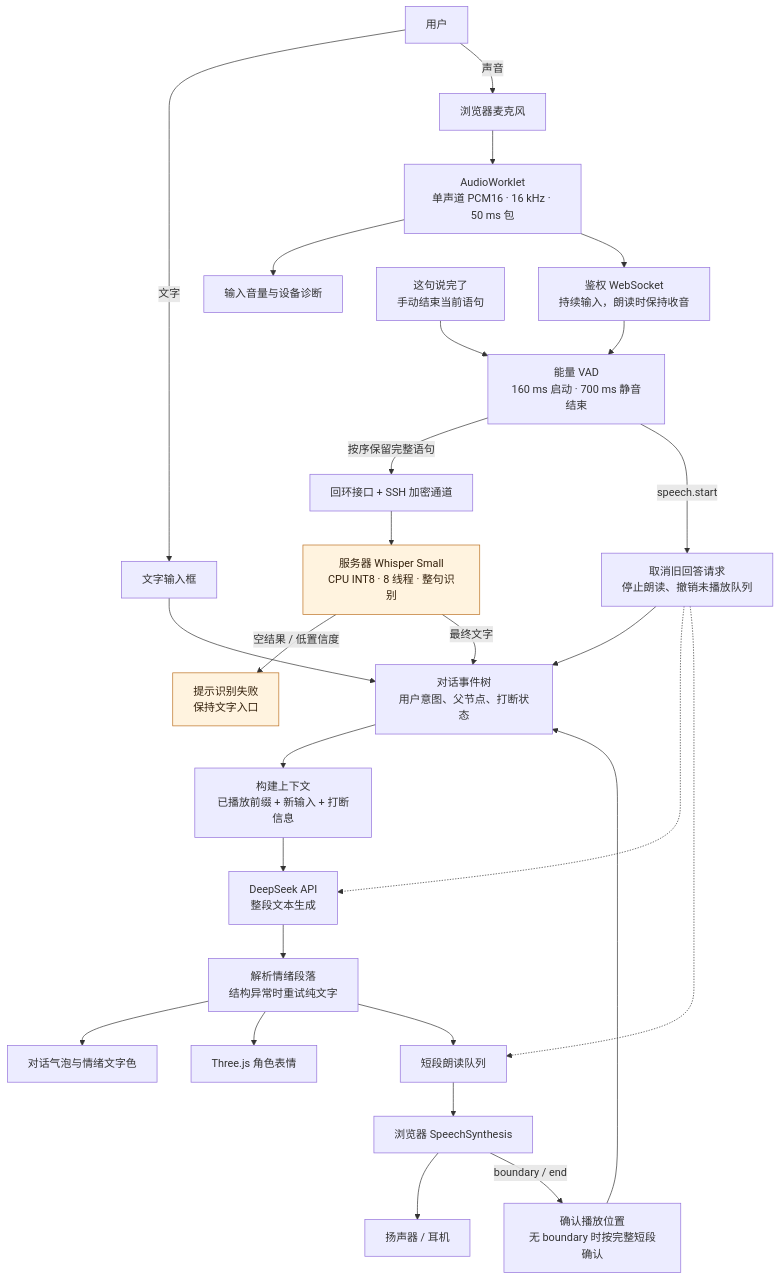
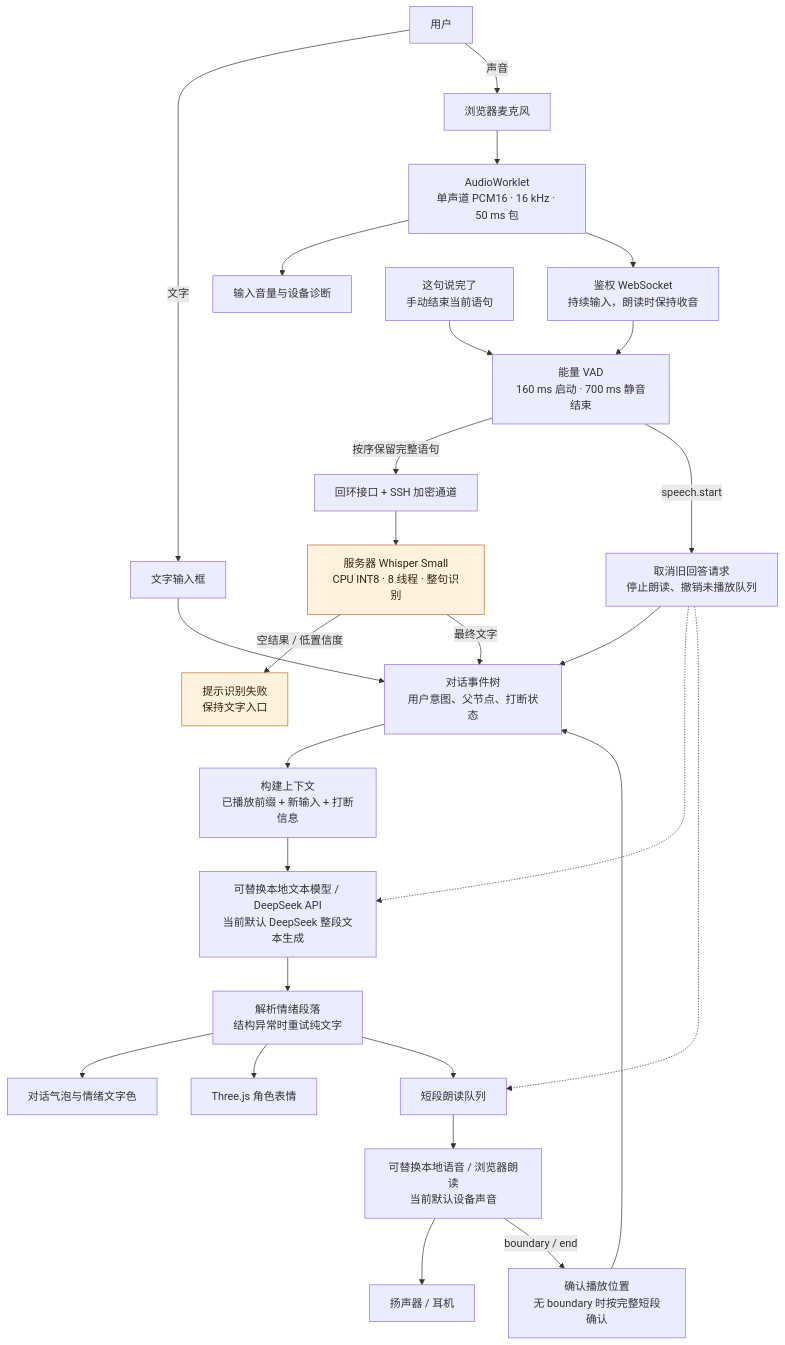
The second of 6 diagrams in docs/MODEL_FLOW.md (wuki-creator/Xim-duplex), drawn with Mermaid before and after one commit. The commit also changed other lines of this file and 33 other files, not shown here.

````diff
--- a/docs/MODEL_FLOW.md
+++ b/docs/MODEL_FLOW.md
@@ -27,32 +27,32 @@
 ```mermaid
 flowchart TD
     U[用户] -->|文字| TEXT[文字输入框]
     U -->|声音| MIC[浏览器麦克风]
     MIC --> CAP[AudioWorklet<br/>单声道 PCM16 · 16 kHz · 50 ms 包]
     CAP --> METER[输入音量与设备诊断]
     CAP --> WS[鉴权 WebSocket<br/>持续输入，朗读时保持收音]
     WS --> VAD[能量 VAD<br/>160 ms 启动 · 700 ms 静音结束]
     FINISH[这句说完了<br/>手动结束当前语句] --> VAD
     VAD -->|按序保留完整语句| TUNNEL[回环接口 + SSH 加密通道]
     TUNNEL --> ASR[服务器 Whisper Small<br/>CPU INT8 · 8 线程 · 整句识别]
     ASR -->|空结果 / 低置信度| FAIL[提示识别失败<br/>保持文字入口]
     ASR -->|最终文字| TURN[对话事件树<br/>用户意图、父节点、打断状态]
     TEXT --> TURN
     TURN --> CTX[构建上下文<br/>已播放前缀 + 新输入 + 打断信息]
-    CTX --> LLM[DeepSeek API<br/>整段文本生成]
+    CTX --> LLM[可替换本地文本模型 / DeepSeek API<br/>当前默认 DeepSeek 整段文本生成]
     LLM --> JSON[解析情绪段落<br/>结构异常时重试纯文字]
     JSON --> UI[对话气泡与情绪文字色]
     JSON --> PET[Three.js 角色表情]
     JSON --> CHUNK[短段朗读队列]
-    CHUNK --> TTS[浏览器 SpeechSynthesis]
+    CHUNK --> TTS[可替换本地语音 / 浏览器朗读<br/>当前默认设备声音]
     TTS --> OUT[扬声器 / 耳机]
     TTS -->|boundary / end| ACK[确认播放位置<br/>无 boundary 时按完整短段确认]
     ACK --> TURN
     VAD -->|speech.start| STOP[取消旧回答请求<br/>停止朗读、撤销未播放队列]
     STOP --> TURN
     STOP -.-> LLM
     STOP -.-> CHUNK
 
     classDef pending fill:#fff3df,stroke:#bc7020,color:#34210c;
     class ASR,FAIL pending;
 ```
````
